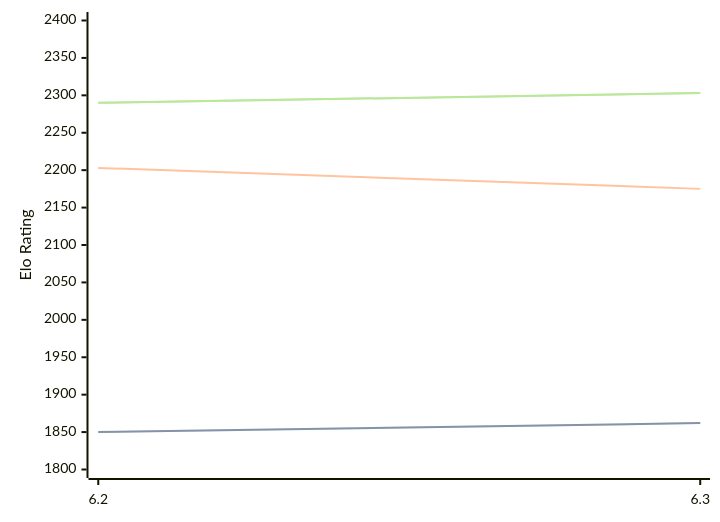
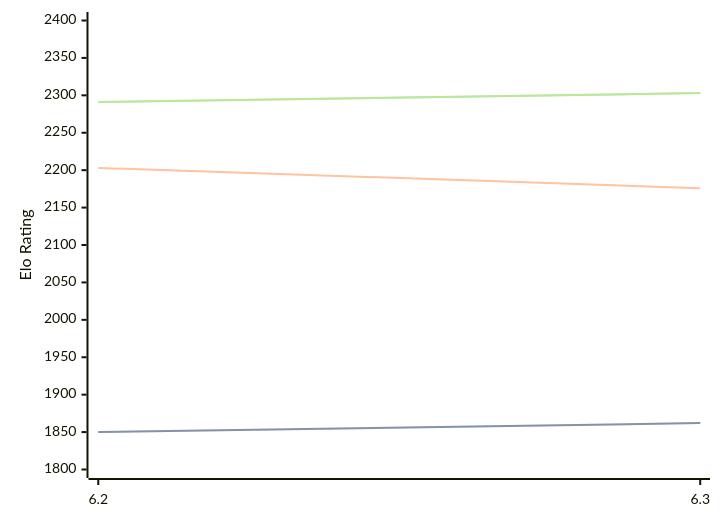
The diagram in engines/chess4j.md (computer-chess-index/cci), drawn with Mermaid before and after one commit. The commit also changed other lines of this file, not shown here.

Commit message:
Update CCI Ratings (ELO VLTC) - 2026-08-21

````diff
--- a/engines/chess4j.md
+++ b/engines/chess4j.md
@@ -32,11 +32,11 @@
 ```mermaid
 %%{init: {"theme":"base","themeVariables":{"seriesColors:['#a3a3a3','#222221','#faa371']}}}%%
 xychart-beta
   x-axis ["6.2", "6.3"]
   y-axis "Elo Rating" 1800 --> 2400
   line "STC (8.0+0.08s)" [1850, 1862]
   line "STC (8.0+0.08s)" [1850, 1862]
-  line "LTC (60.0+0.60s)" [2203, 2175]
-  line "VLTC (2m24s+1.12s)" [2290, 2303]
-  line "VLTC (2m24s+1.12s)" [2290, 2303]
+  line "LTC (60.0+0.60s)" [2203, 2176]
+  line "VLTC (2m24s+1.12s)" [2291, 2303]
+  line "VLTC (2m24s+1.12s)" [2291, 2303]
 ```
````
